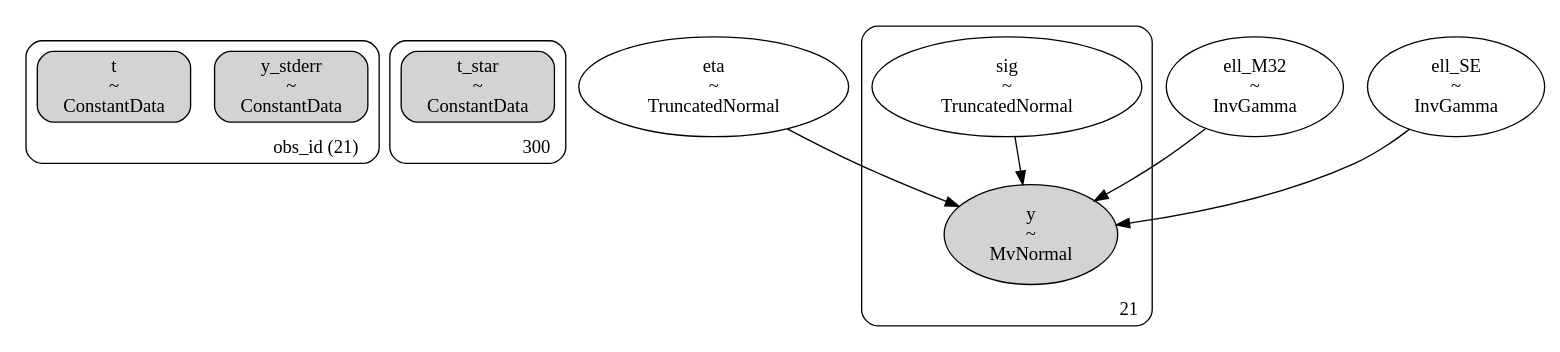
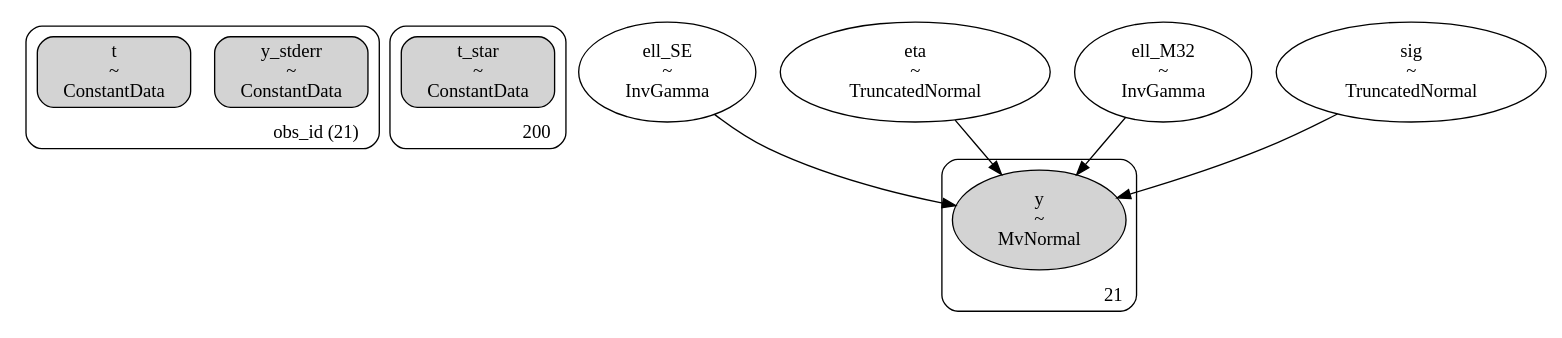
One commit to shihchingfu/gp-sandbox-thunderkat changed the diagram in dags/428_ra236.530_dec-46.922_4U1543TraPDB_andersson_sexm32_dag.dot. Above: the diagram before and after it, drawn with Graphviz. The commit also changed 13 other files, not shown here.

```diff
--- a/dags/428_ra236.530_dec-46.922_4U1543TraPDB_andersson_sexm32_dag.dot
+++ b/dags/428_ra236.530_dec-46.922_4U1543TraPDB_andersson_sexm32_dag.dot
@@ -1,39 +1,39 @@
 digraph {
 	subgraph "clusterobs_id (21)" {
 		y_stderr [label="y_stderr
 ~
 ConstantData" shape=box style="rounded, filled"]
 		t [label="t
 ~
 ConstantData" shape=box style="rounded, filled"]
 		label="obs_id (21)" labeljust=r labelloc=b style=rounded
 	}
-	subgraph cluster300 {
+	subgraph cluster200 {
 		t_star [label="t_star
 ~
 ConstantData" shape=box style="rounded, filled"]
-		label=300 labeljust=r labelloc=b style=rounded
+		label=200 labeljust=r labelloc=b style=rounded
 	}
+	ell_SE [label="ell_SE
+~
+InvGamma" shape=ellipse]
 	eta [label="eta
 ~
 TruncatedNormal" shape=ellipse]
 	ell_M32 [label="ell_M32
 ~
 InvGamma" shape=ellipse]
-	ell_SE [label="ell_SE
-~
-InvGamma" shape=ellipse]
-	subgraph cluster21 {
-		sig [label="sig
+	sig [label="sig
 ~
 TruncatedNormal" shape=ellipse]
+	subgraph cluster21 {
 		y [label="y
 ~
 MvNormal" shape=ellipse style=filled]
 		label=21 labeljust=r labelloc=b style=rounded
 	}
-	sig -> y
+	ell_SE -> y
 	eta -> y
 	ell_M32 -> y
-	ell_SE -> y
+	sig -> y
 }
```
